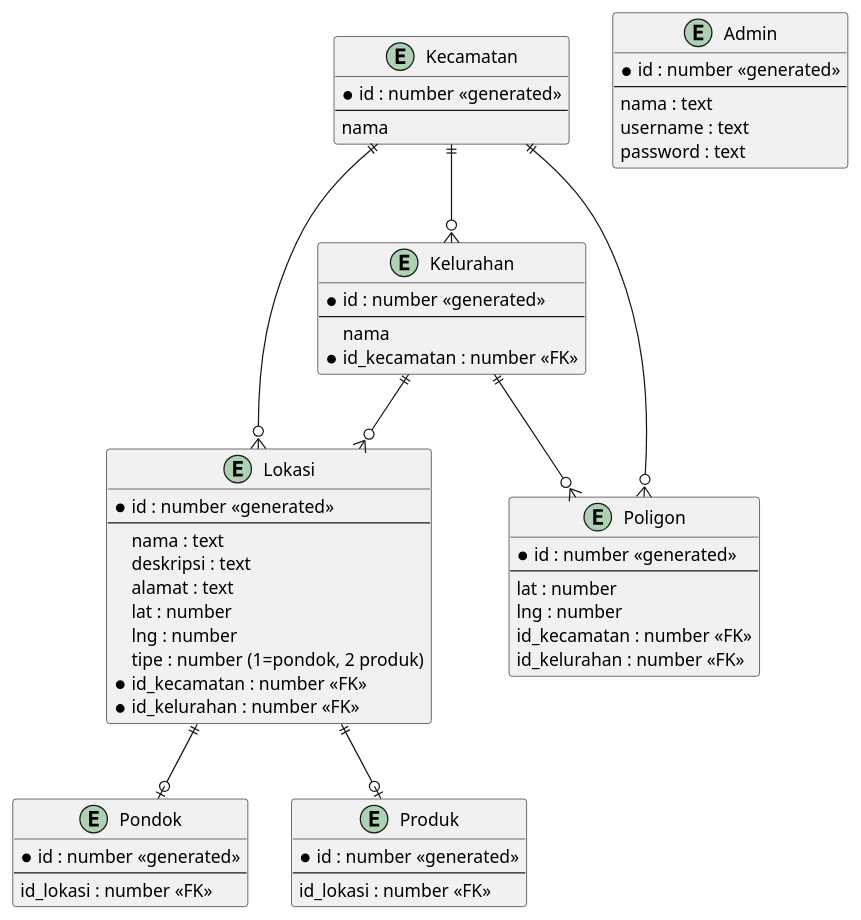
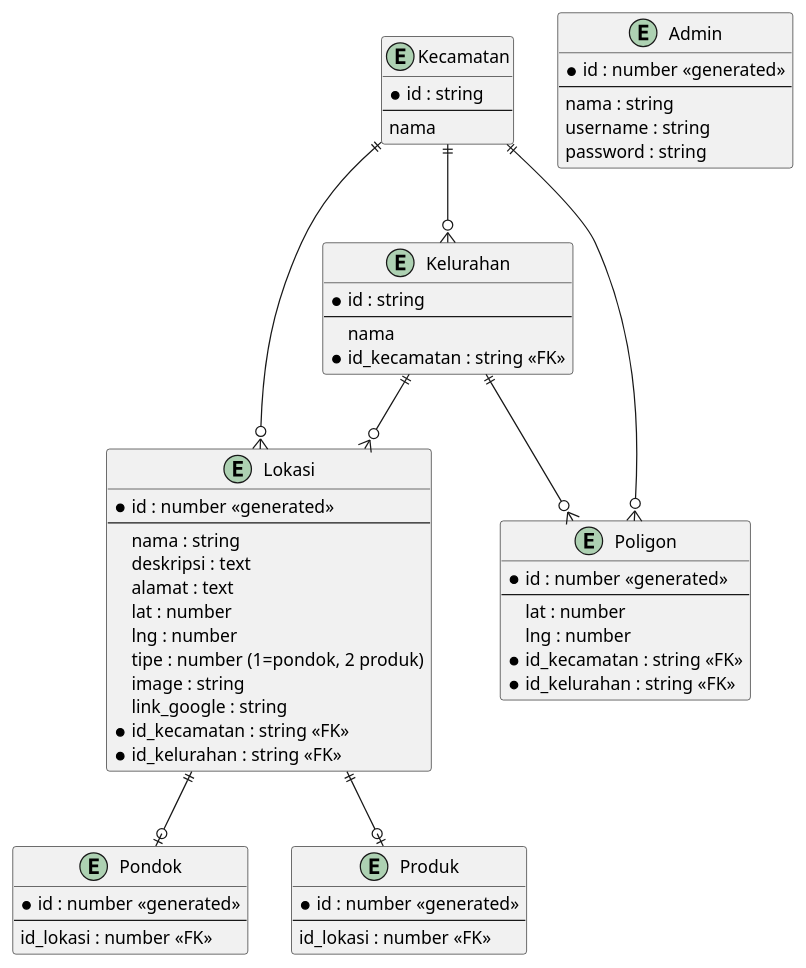
Before and after one commit to Rizki36/be-intipin: the diagram in intipin.puml, drawn with PlantUML.

Commit message:
refactor: update data type & add image,link_google

```diff
--- a/intipin.puml
+++ b/intipin.puml
@@ -1,67 +1,69 @@
 @startuml initipin
 
 entity Lokasi{
     * id : number <<generated>>
     ---
-    nama : text
+    nama : string
     deskripsi : text
     alamat : text
     lat : number
     lng : number
     tipe : number (1=pondok, 2 produk)
-    * id_kecamatan : number <<FK>>
-    * id_kelurahan : number <<FK>>
+    image : string
+    link_google : string
+    * id_kecamatan : string <<FK>>
+    * id_kelurahan : string <<FK>>
 }
 
 entity Pondok{
     * id : number <<generated>>
     ---
     id_lokasi : number <<FK>>
 }
 
 entity Produk{
     * id : number <<generated>>
     ---
     id_lokasi : number <<FK>>
 }
 
 entity Kecamatan{
-    * id : number <<generated>>
+    * id : string
     ---
     nama
 }
 
 entity Kelurahan{
-    * id : number <<generated>>
+    * id : string
     ---
     nama
-    * id_kecamatan : number <<FK>>
+    * id_kecamatan : string <<FK>>
 }
 
 entity Poligon{
     * id : number <<generated>>
     ---
     lat : number
     lng : number
-    id_kecamatan : number <<FK>>
-    id_kelurahan : number <<FK>>
+    * id_kecamatan : string <<FK>>
+    * id_kelurahan : string <<FK>>
 }
 
 entity Admin{
     * id : number <<generated>>
     ---
-    nama : text
-    username : text
-    password : text
+    nama : string
+    username : string
+    password : string
 }
 
 Lokasi ||--o| Pondok
 Lokasi ||--o| Produk
 Kecamatan ||--o{ Kelurahan
 Kecamatan ||--o{ Lokasi
 Kecamatan ||--o{ Poligon
 Kelurahan ||--o{ Lokasi
 Kelurahan ||--o{ Poligon
 
 
 @enduml
```
